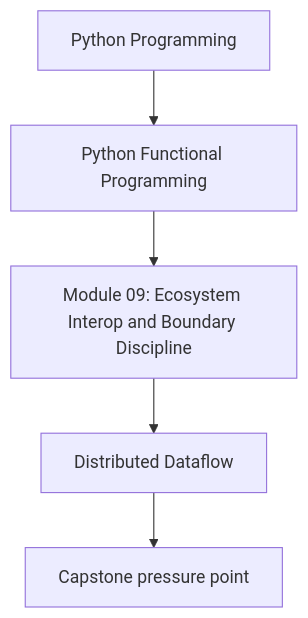
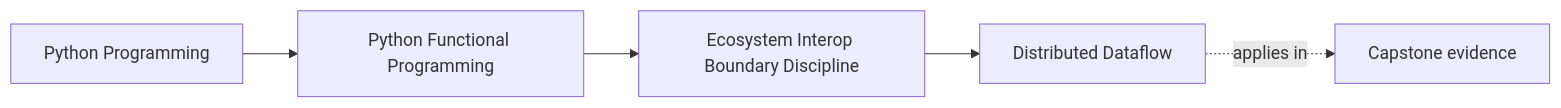
One commit to bijux/bijux-masterclass changed the first of 2 diagrams in programs/python-programming/python-functional-programming/course-book/module-09-ecosystem-interop-boundary-discipline/distributed-dataflow.md. Above: the diagram before and after it, drawn with Mermaid. The commit also changed other lines of this file and 108 other files, not shown here.

Commit message:
docs(python-functional-programming): map capstone and advanced design surfaces

````diff
--- a/programs/python-programming/python-functional-programming/course-book/module-09-ecosystem-interop-boundary-discipline/distributed-dataflow.md
+++ b/programs/python-programming/python-functional-programming/course-book/module-09-ecosystem-interop-boundary-discipline/distributed-dataflow.md
@@ -6,7 +6,11 @@
 ```mermaid
-flowchart TD
-  family["Python Programming"] --> program["Python Functional Programming"]
-  program --> module["Module 09: Ecosystem Interop and Boundary Discipline"]
-  module --> concept["Distributed Dataflow"]
-  concept --> capstone["Capstone pressure point"]
+graph LR
+  family["Python Programming"]
+  program["Python Functional Programming"]
+  section["Ecosystem Interop Boundary Discipline"]
+  page["Distributed Dataflow"]
+  capstone["Capstone evidence"]
+
+  family --> program --> section --> page
+  page -.applies in.-> capstone
 ```
````
